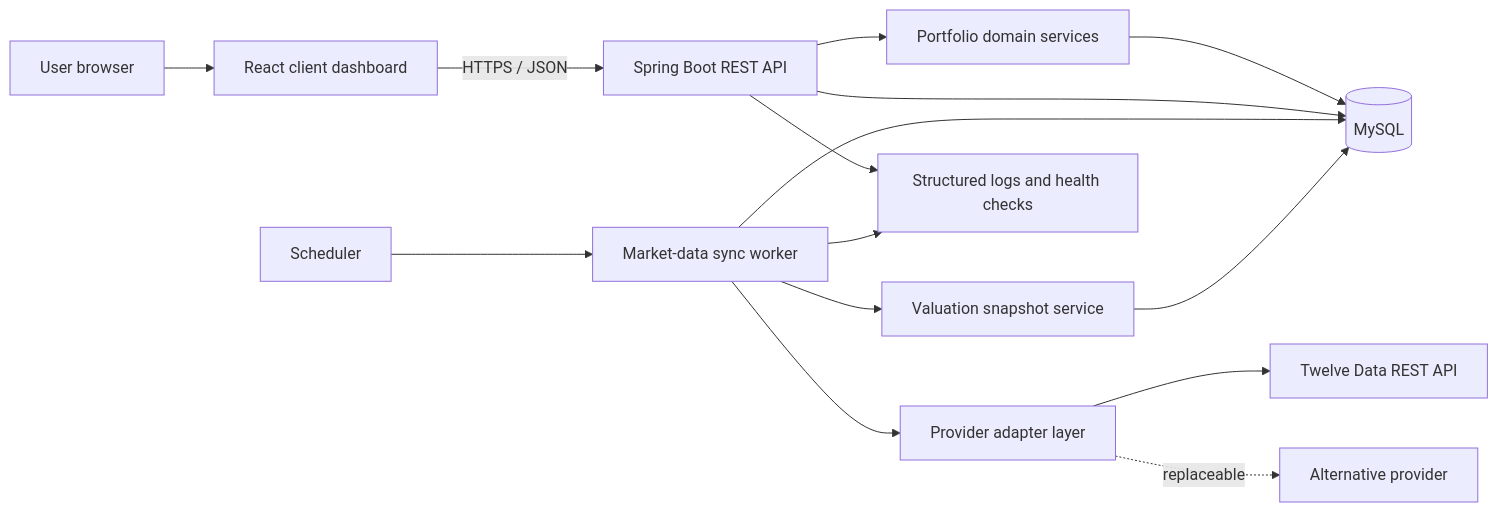
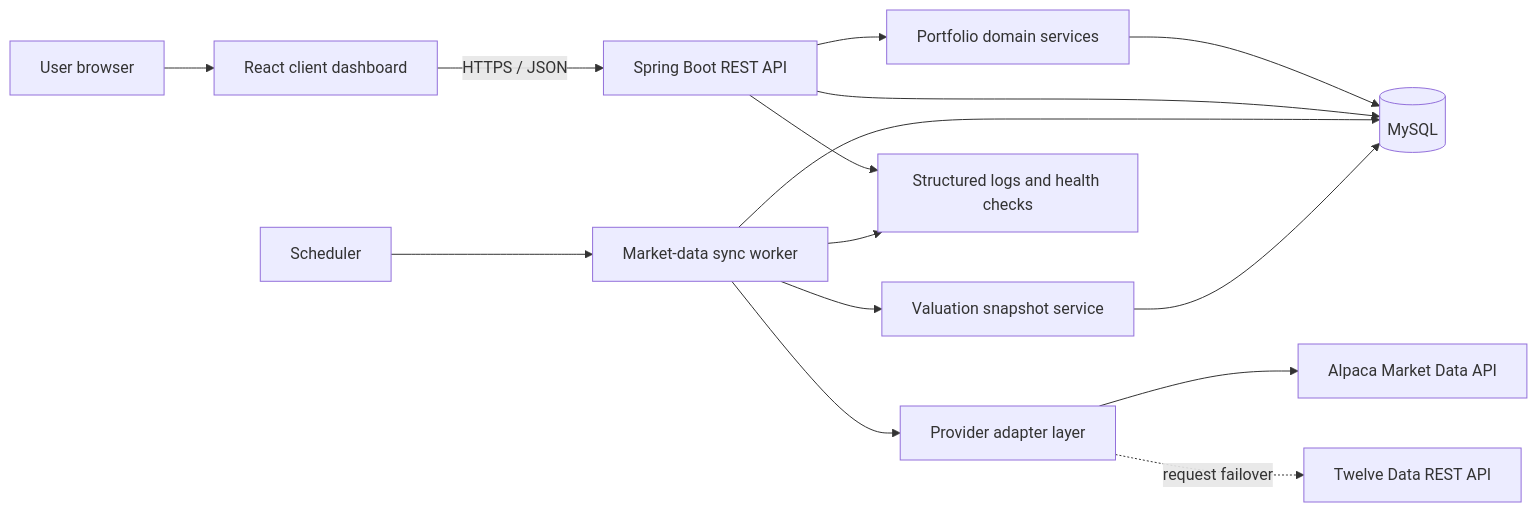
The first of 2 diagrams in docs/ARCHITECTURE.md (Neueda-Learning/final_project2), drawn with Mermaid before and after one commit. The commit also changed other lines of this file and 25 other files, not shown here.

Commit message:
feat: add Alpaca market data failover

````diff
--- a/docs/ARCHITECTURE.md
+++ b/docs/ARCHITECTURE.md
@@ -52,19 +52,19 @@
 ```mermaid
 flowchart LR
     U[User browser] --> FE[React client dashboard]
     FE -->|HTTPS / JSON| API[Spring Boot REST API]
     API --> SVC[Portfolio domain services]
     SVC --> DB[(MySQL)]
     API --> DB
 
     SCH[Scheduler] --> WORKER[Market-data sync worker]
     WORKER --> PROVIDER[Provider adapter layer]
-    PROVIDER --> TD[Twelve Data REST API]
-    PROVIDER -. replaceable .-> ALT[Alternative provider]
+    PROVIDER --> ALPACA[Alpaca Market Data API]
+    PROVIDER -. request failover .-> TD[Twelve Data REST API]
     WORKER --> DB
     WORKER --> SNAP[Valuation snapshot service]
     SNAP --> DB
 
     API --> OBS[Structured logs and health checks]
     WORKER --> OBS
 ```
````
